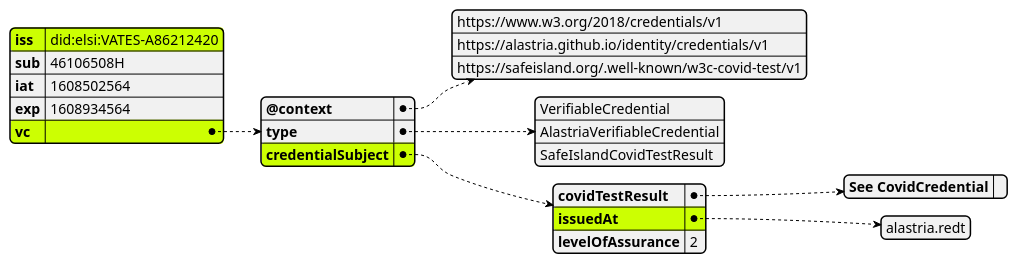
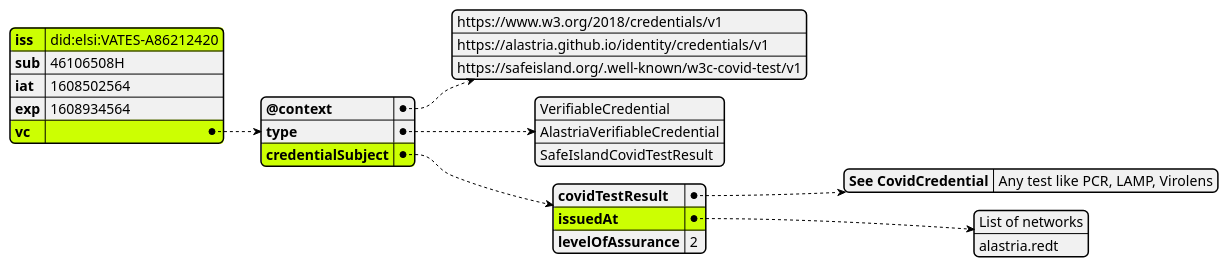
The first of 2 diagrams in images/SafeIsland_VCSample.puml (kemalbehram/SafeIsland), drawn with PlantUML before and after one commit.

```diff
--- a/images/SafeIsland_VCSample.puml
+++ b/images/SafeIsland_VCSample.puml
@@ -1,34 +1,35 @@
 @startjson SafeIsland_VCSample
 #highlight "iss"
 #highlight "vc"
 #highlight "vc" / "credentialSubject"
 #highlight "vc" / "credentialSubject" / "issuedAt"
 
 {
       "iss": "did:elsi:VATES-A86212420",
       "sub": "46106508H",
       "iat": 1608502564,
       "exp": 1608934564,
       "vc": {
             "@context": [
                   "https://www.w3.org/2018/credentials/v1",
                   "https://alastria.github.io/identity/credentials/v1",
                   "https://safeisland.org/.well-known/w3c-covid-test/v1"
             ],
             "type": [
                   "VerifiableCredential",
                   "AlastriaVerifiableCredential",
                   "SafeIslandCovidTestResult"
             ],
             "credentialSubject": {
                   "covidTestResult": {
-                        "See CovidCredential": ""
+                        "See CovidCredential": "Any test like PCR, LAMP, Virolens"
                   },
                   "issuedAt": [
+                        "List of networks",
                         "alastria.redt"
                   ],
                   "levelOfAssurance": 2
             }
       }
 }
 @endjson
```
